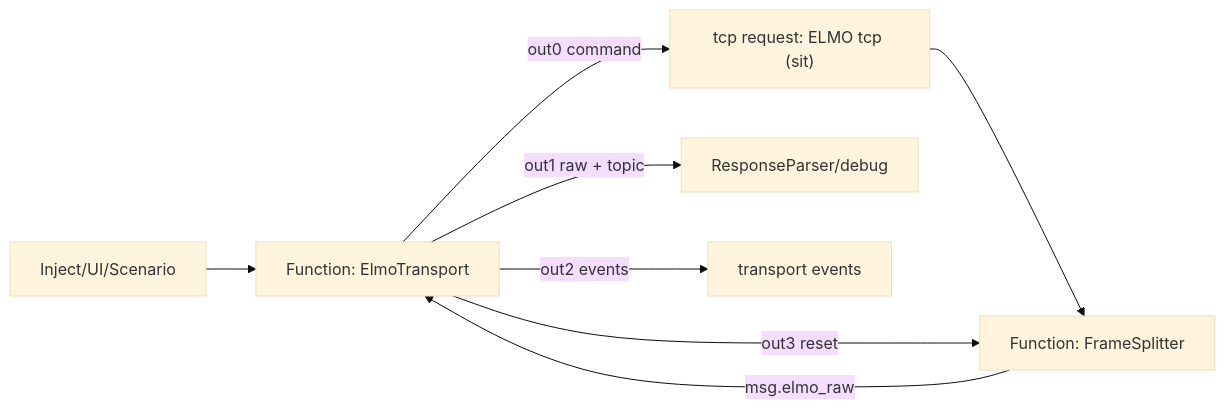
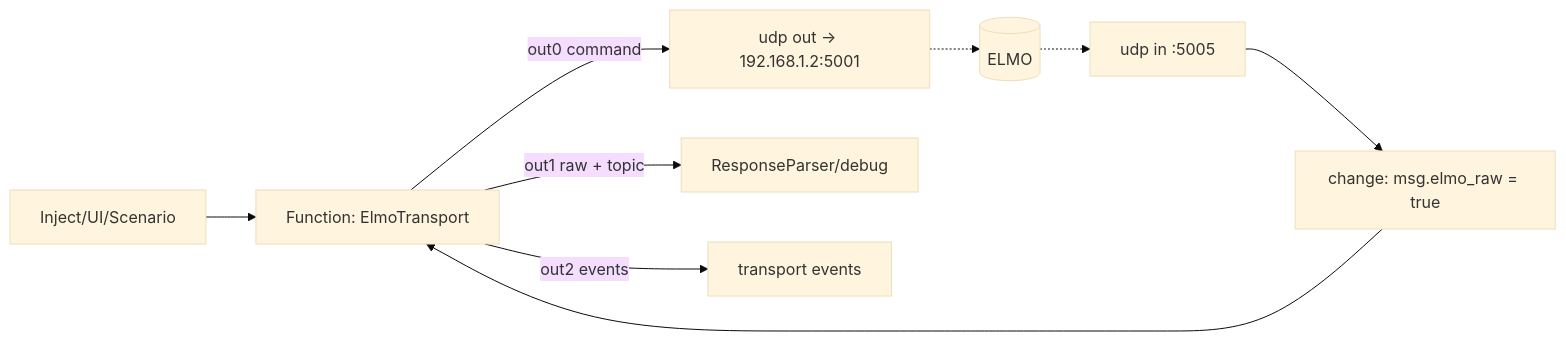
The diagram in docs/xstate-machine-current-state.md (artem1myshkin/LowSpeedCentrifuge3), drawn with Mermaid (base theme) before and after one commit. The commit also changed other lines of this file and 19 other files, not shown here.

First line of the commit message:
ELMO transport: rework XState machine from TCP sit to UDP

````diff
--- a/docs/xstate-machine-current-state.md
+++ b/docs/xstate-machine-current-state.md
@@ -71,10 +53,11 @@
 ```mermaid
 flowchart LR
   A["Inject/UI/Scenario"] --> B["Function: ElmoTransport"]
-  B -->|"out0 command"| C["tcp request: ELMO tcp (sit)"]
-  C --> D["Function: FrameSplitter"]
-  D -->|"msg.elmo_raw"| B
+  B -->|"out0 command"| C["udp out -> 192.168.1.2:5001"]
+  C -.-> ELMO[("ELMO")]
+  ELMO -.-> D["udp in :5005"]
+  D --> R["change: msg.elmo_raw = true"]
+  R --> B
   B -->|"out1 raw + topic"| E["ResponseParser/debug"]
   B -->|"out2 events"| F["transport events"]
-  B -->|"out3 reset"| D
 ```
````
